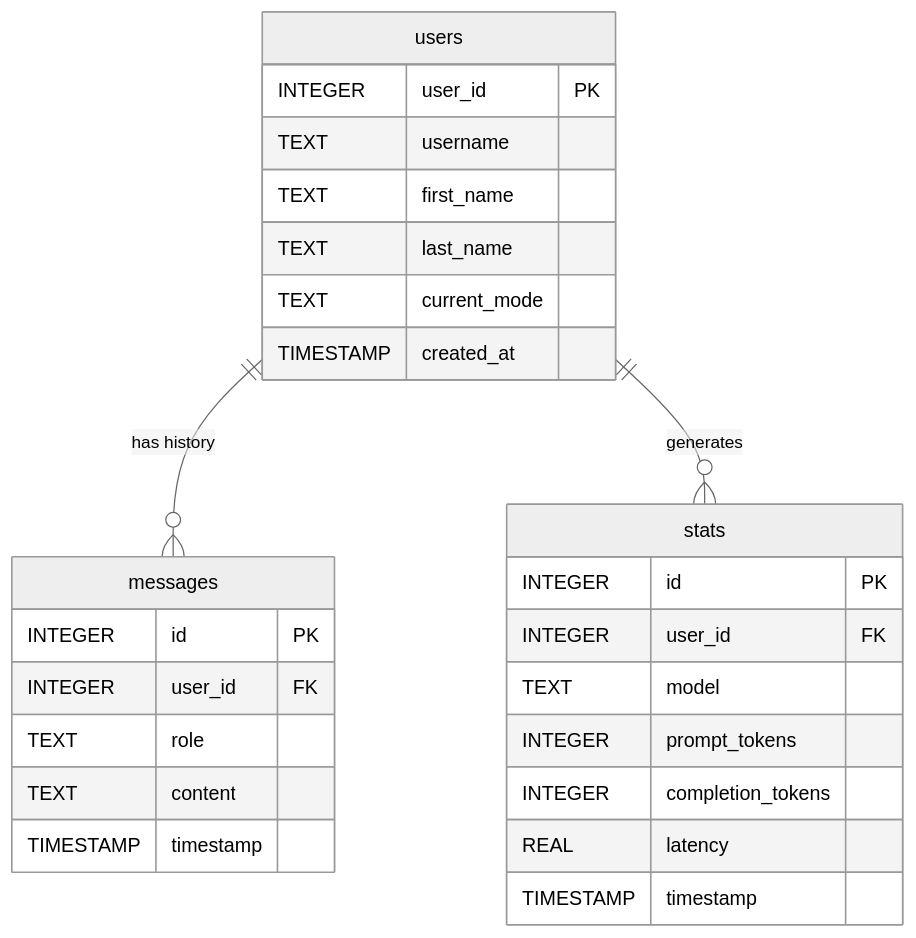
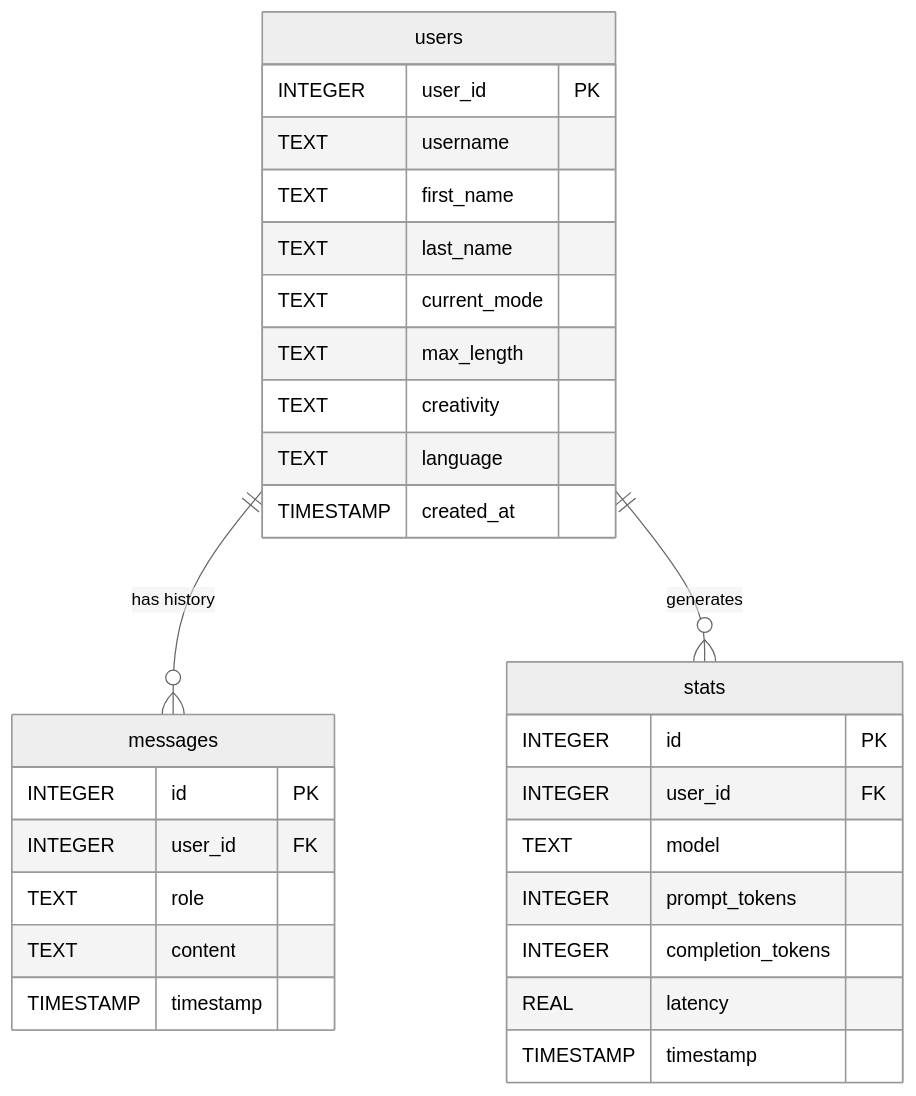
The diagram in Telegram_Bot_Guide.md (slvtveter/bot_tg), drawn with Mermaid (neutral theme) before and after one commit. The commit also changed other lines of this file and 19 other files, not shown here.

````diff
--- a/Telegram_Bot_Guide.md
+++ b/Telegram_Bot_Guide.md
@@ -40,32 +40,35 @@
 ```mermaid
 erDiagram
     users ||--o{ messages : "has history"
     users ||--o{ stats : "generates"
     
     users {
         INTEGER user_id PK
         TEXT username
         TEXT first_name
         TEXT last_name
         TEXT current_mode
+        TEXT max_length
+        TEXT creativity
+        TEXT language
         TIMESTAMP created_at
     }
     
     messages {
         INTEGER id PK
         INTEGER user_id FK
         TEXT role
         TEXT content
         TIMESTAMP timestamp
     }
     
     stats {
         INTEGER id PK
         INTEGER user_id FK
         TEXT model
         INTEGER prompt_tokens
         INTEGER completion_tokens
         REAL latency
         TIMESTAMP timestamp
     }
 ```
````
